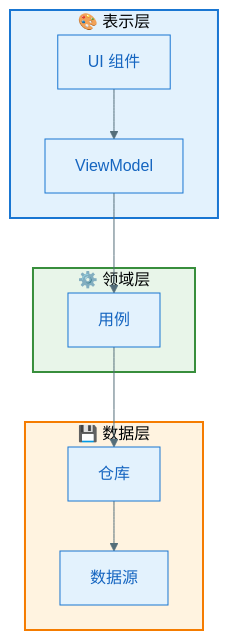
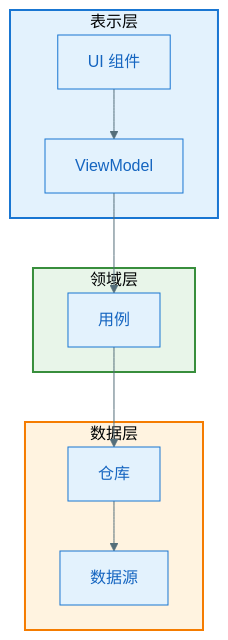
Before and after one commit to jackykarma/Verity: the fifth of 5 diagrams in .cursor/rules/mermaid-style-guide.mdc, drawn with Mermaid. The commit also changed other lines of this file, not shown here.

Commit message:
移除mermaid使用emoji

````diff
--- a/.cursor/rules/mermaid-style-guide.mdc
+++ b/.cursor/rules/mermaid-style-guide.mdc
@@ -157,26 +157,26 @@
 ```mermaid
 %%{init: {'theme': 'base', 'themeVariables': { 'primaryColor': '#E3F2FD', 'primaryTextColor': '#1565C0', 'primaryBorderColor': '#1976D2', 'lineColor': '#546E7A'}}}%%
 flowchart TB
-    subgraph Presentation["🎨 表示层"]
+    subgraph Presentation["表示层"]
         UI["UI 组件"]
         ViewModel["ViewModel"]
     end
 
-    subgraph Domain["⚙️ 领域层"]
+    subgraph Domain["领域层"]
         UseCase["用例"]
     end
 
-    subgraph Data["💾 数据层"]
+    subgraph Data["数据层"]
         Repository["仓库"]
         DataSource["数据源"]
     end
 
     UI --> ViewModel
     ViewModel --> UseCase
     UseCase --> Repository
     Repository --> DataSource
 
     style Presentation fill:#E3F2FD,stroke:#1976D2,stroke-width:2px
     style Domain fill:#E8F5E9,stroke:#388E3C,stroke-width:2px
     style Data fill:#FFF3E0,stroke:#F57C00,stroke-width:2px
 ```
````
